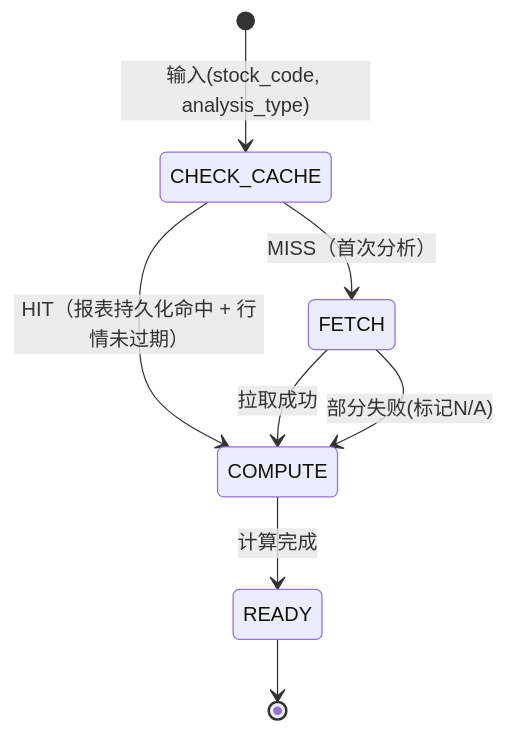
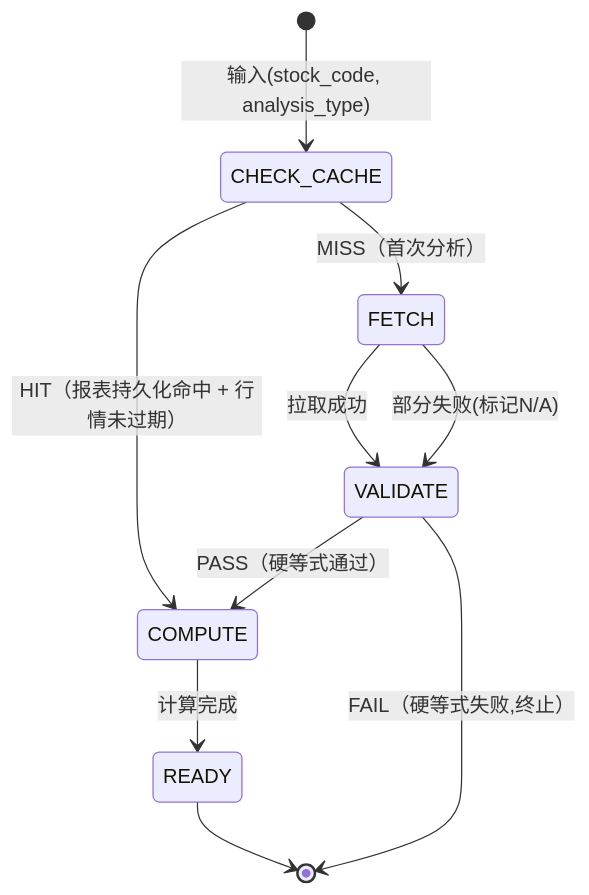
Before and after one commit to closure-guo/finance_analysis_agent: the second of 2 diagrams in docs/architecture.md, drawn with Mermaid. The commit also changed other lines of this file and 3 other files, not shown here.

````diff
--- a/docs/architecture.md
+++ b/docs/architecture.md
@@ -136,12 +142,14 @@
 ```mermaid
 stateDiagram-v2
     [*] --> CHECK_CACHE: 输入(stock_code, analysis_type)
 
     CHECK_CACHE --> COMPUTE: HIT（报表持久化命中 + 行情未过期）
     CHECK_CACHE --> FETCH: MISS（首次分析）
 
-    FETCH --> COMPUTE: 拉取成功
-    FETCH --> COMPUTE: 部分失败(标记N/A)
+    FETCH --> VALIDATE: 拉取成功
+    FETCH --> VALIDATE: 部分失败(标记N/A)
+    VALIDATE --> COMPUTE: PASS（硬等式通过）
+    VALIDATE --> [*]: FAIL（硬等式失败,终止）
     COMPUTE --> READY: 计算完成
     READY --> [*]
 ```
````
